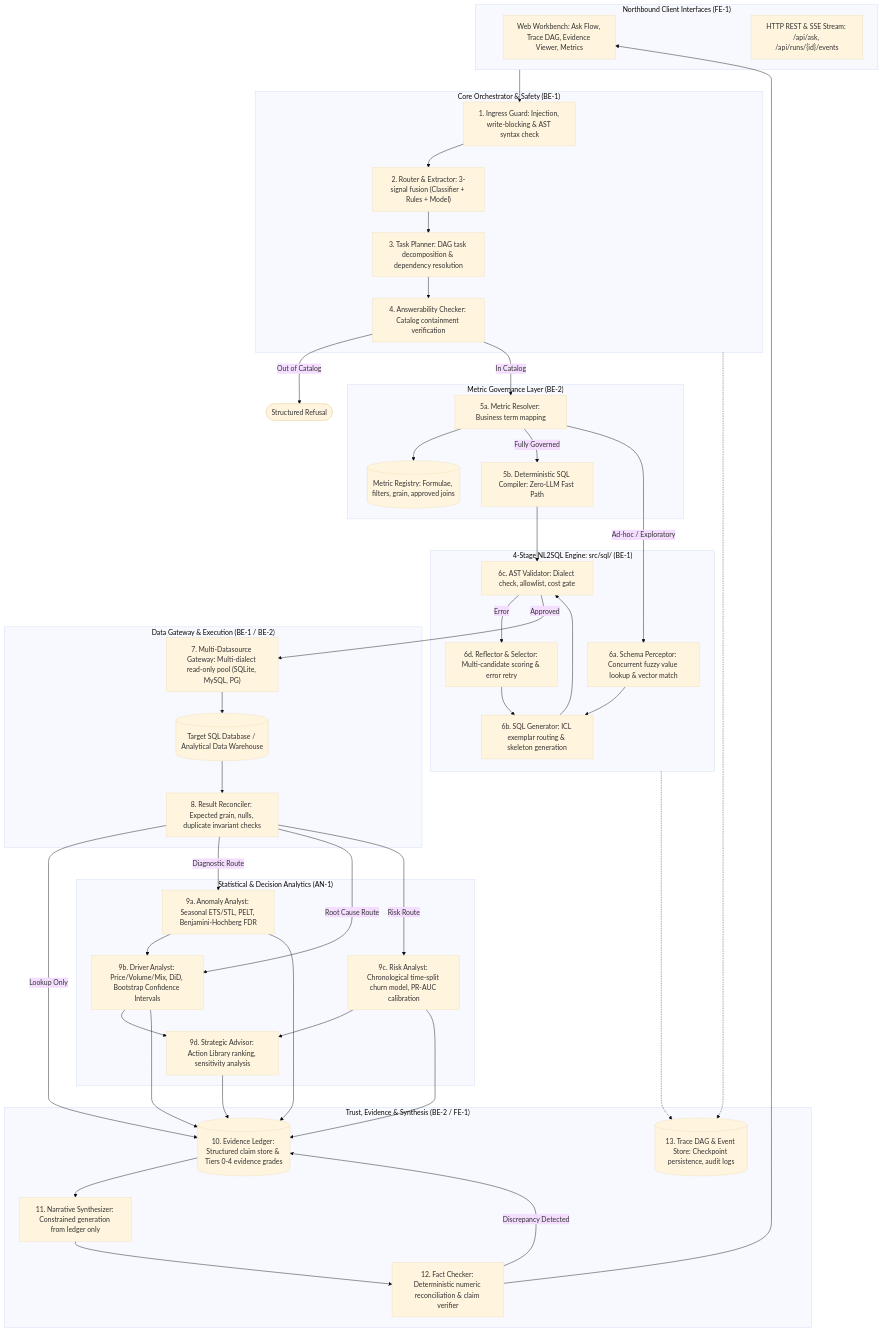
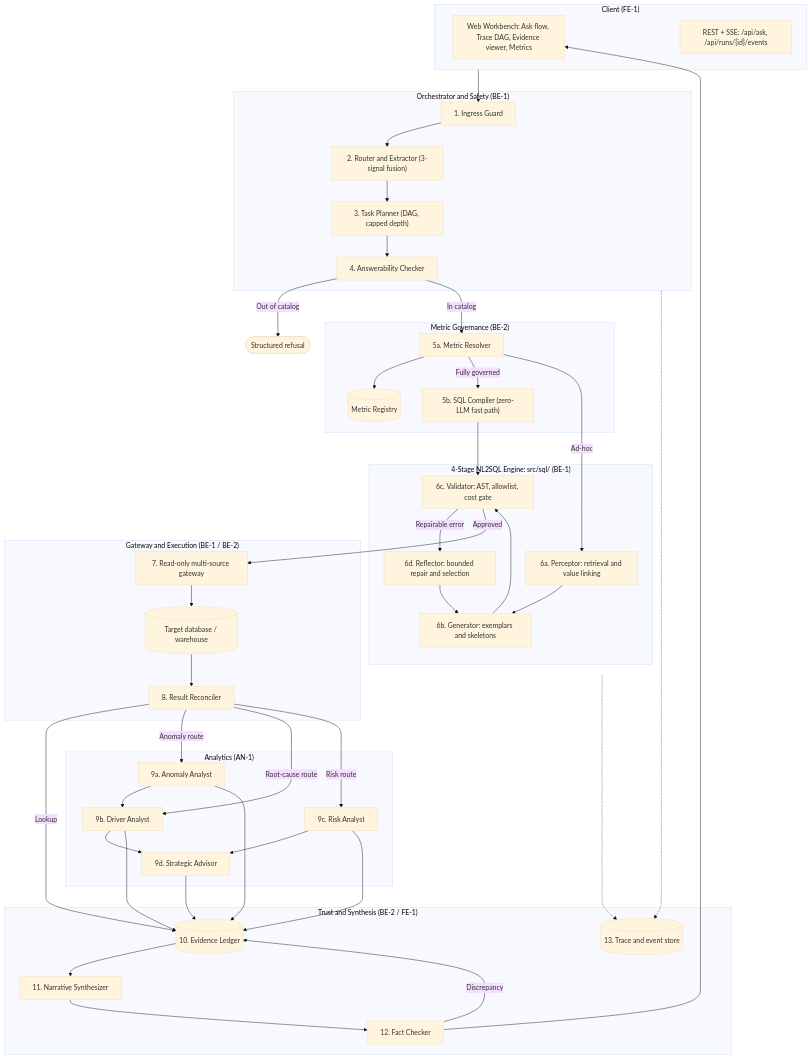
One commit to Swathi-Chippa/Data_Scientist_Agent changed the first of 2 diagrams in docs/DESIGN_DETAIL.md. Above: the diagram before and after it, drawn with Mermaid (base theme). The commit also changed other lines of this file, not shown here.

Commit message:
docs: update DESIGN_DETAIL.md with comprehensive dual-engine specifications [DEL-3]

````diff
--- a/docs/DESIGN_DETAIL.md
+++ b/docs/DESIGN_DETAIL.md
@@ -119,80 +198,71 @@
 ```mermaid
 flowchart TD
-  subgraph CLIENT["Northbound Client Interfaces (FE-1)"]
-    UI["Web Workbench: Ask Flow, Trace DAG, Evidence Viewer, Metrics"]
-    API["HTTP REST & SSE Stream: /api/ask, /api/runs/{id}/events"]
+  subgraph CLIENT["Client (FE-1)"]
+    UI["Web Workbench: Ask flow, Trace DAG, Evidence viewer, Metrics"]
+    API["REST + SSE: /api/ask, /api/runs/{id}/events"]
   end
 
-  subgraph ORCHESTRATION["Core Orchestrator & Safety (BE-1)"]
-    GUARD["1. Ingress Guard: Injection, write-blocking & AST syntax check"]
-    ROUTER["2. Router & Extractor: 3-signal fusion (Classifier + Rules + Model)"]
-    PLANNER["3. Task Planner: DAG task decomposition & dependency resolution"]
-    ANSWER["4. Answerability Checker: Catalog containment verification"]
+  subgraph ORCH["Orchestrator and Safety (BE-1)"]
+    GUARD["1. Ingress Guard"]
+    ROUTER["2. Router and Extractor (3-signal fusion)"]
+    PLANNER["3. Task Planner (DAG, capped depth)"]
+    ANSWER["4. Answerability Checker"]
   end
 
-  subgraph METRIC_GOV["Metric Governance Layer (BE-2)"]
-    RESOLVER["5a. Metric Resolver: Business term mapping"]
-    REGISTRY[("Metric Registry: Formulae, filters, grain, approved joins")]
-    COMPILER["5b. Deterministic SQL Compiler: Zero-LLM Fast Path"]
+  subgraph GOV["Metric Governance (BE-2)"]
+    RESOLVER["5a. Metric Resolver"]
+    REGISTRY[("Metric Registry")]
+    COMPILER["5b. SQL Compiler (zero-LLM fast path)"]
   end
 
-  subgraph QUERY_ENGINE["4-Stage NL2SQL Engine: src/sql/ (BE-1)"]
-    PERCEPTOR["6a. Schema Perceptor: Concurrent fuzzy value lookup & vector match"]
-    GENERATOR["6b. SQL Generator: ICL exemplar routing & skeleton generation"]
-    VALIDATOR["6c. AST Validator: Dialect check, allowlist, cost gate"]
-    REFLECTOR["6d. Reflector & Selector: Multi-candidate scoring & error retry"]
+  subgraph ENGINE["4-Stage NL2SQL Engine: src/sql/ (BE-1)"]
+    PERCEPTOR["6a. Perceptor: retrieval and value linking"]
+    GENERATOR["6b. Generator: exemplars and skeletons"]
+    VALIDATOR["6c. Validator: AST, allowlist, cost gate"]
+    REFLECTOR["6d. Reflector: bounded repair and selection"]
   end
 
-  subgraph EXEC_LAYER["Data Gateway & Execution (BE-1 / BE-2)"]
-    GATEWAY["7. Multi-Datasource Gateway: Multi-dialect read-only pool (SQLite, MySQL, PG)"]
-    RECON["8. Result Reconciler: Expected grain, nulls, duplicate invariant checks"]
-    WAREHOUSE[("Target SQL Database / Analytical Data Warehouse")]
+  subgraph EXEC["Gateway and Execution (BE-1 / BE-2)"]
+    GATEWAY["7. Read-only multi-source gateway"]
+    RECON["8. Result Reconciler"]
+    WH[("Target database / warehouse")]
   end
 
-  subgraph ANALYSTS["Statistical & Decision Analytics (AN-1)"]
-    ANOM["9a. Anomaly Analyst: Seasonal ETS/STL, PELT, Benjamini-Hochberg FDR"]
-    DRIV["9b. Driver Analyst: Price/Volume/Mix, DiD, Bootstrap Confidence Intervals"]
-    RISK["9c. Risk Analyst: Chronological time-split churn model, PR-AUC calibration"]
-    ADVIS["9d. Strategic Advisor: Action Library ranking, sensitivity analysis"]
+  subgraph ANALYSTS["Analytics (AN-1)"]
+    ANOM["9a. Anomaly Analyst"]
+    DRIV["9b. Driver Analyst"]
+    RISK["9c. Risk Analyst"]
+    ADVIS["9d. Strategic Advisor"]
   end
 
-  subgraph TRUST_LAYER["Trust, Evidence & Synthesis (BE-2 / FE-1)"]
-    LEDGER[("10. Evidence Ledger: Structured claim store & Tiers 0-4 evidence grades")]
-    SYNTH["11. Narrative Synthesizer: Constrained generation from ledger only"]
-    FACT["12. Fact Checker: Deterministic numeric reconciliation & claim verifier"]
-    TRACE[("13. Trace DAG & Event Store: Checkpoint persistence, audit logs")]
+  subgraph TRUST["Trust and Synthesis (BE-2 / FE-1)"]
+    LEDGER[("10. Evidence Ledger")]
+    SYNTH["11. Narrative Synthesizer"]
+    FACT["12. Fact Checker"]
+    TRACE[("13. Trace and event store")]
   end
 
-  %% Connections
-  CLIENT --> GUARD --> ROUTER --> PLANNER
-  PLANNER --> ANSWER
-  ANSWER -->|"Out of Catalog"| REFUSE(["Structured Refusal"])
-  ANSWER -->|"In Catalog"| RESOLVER
-  RESOLVER --> REGISTRY
-  RESOLVER -->|"Fully Governed"| COMPILER
-  RESOLVER -->|"Ad-hoc / Exploratory"| PERCEPTOR
-
+  CLIENT --> GUARD --> ROUTER --> PLANNER --> ANSWER
+  ANSWER -->|"Out of catalog"| REFUSE(["Structured refusal"])
+  ANSWER -->|"In catalog"| RESOLVER --> REGISTRY
+  RESOLVER -->|"Fully governed"| COMPILER
+  RESOLVER -->|"Ad-hoc"| PERCEPTOR --> GENERATOR
   COMPILER --> VALIDATOR
-  PERCEPTOR --> GENERATOR --> VALIDATOR
-  VALIDATOR -->|"Error"| REFLECTOR --> GENERATOR
-  VALIDATOR -->|"Approved"| GATEWAY
-  GATEWAY --> WAREHOUSE
-  WAREHOUSE --> RECON
-
-  RECON -->|"Lookup Only"| LEDGER
-  RECON -->|"Diagnostic Route"| ANOM
-  RECON -->|"Root Cause Route"| DRIV
-  RECON -->|"Risk Route"| RISK
+  GENERATOR --> VALIDATOR
+  VALIDATOR -->|"Repairable error"| REFLECTOR --> GENERATOR
+  VALIDATOR -->|"Approved"| GATEWAY --> WH --> RECON
+  RECON -->|"Lookup"| LEDGER
+  RECON -->|"Anomaly route"| ANOM
+  RECON -->|"Root-cause route"| DRIV
+  RECON -->|"Risk route"| RISK
   ANOM --> DRIV --> ADVIS
   RISK --> ADVIS
-
   ANOM --> LEDGER
   DRIV --> LEDGER
   RISK --> LEDGER
   ADVIS --> LEDGER
-
   LEDGER --> SYNTH --> FACT --> UI
-  FACT -->|"Discrepancy Detected"| LEDGER
-  ORCHESTRATION -.-> TRACE
-  QUERY_ENGINE -.-> TRACE
+  FACT -->|"Discrepancy"| LEDGER
+  ORCH -.-> TRACE
+  ENGINE -.-> TRACE
 ```
````
